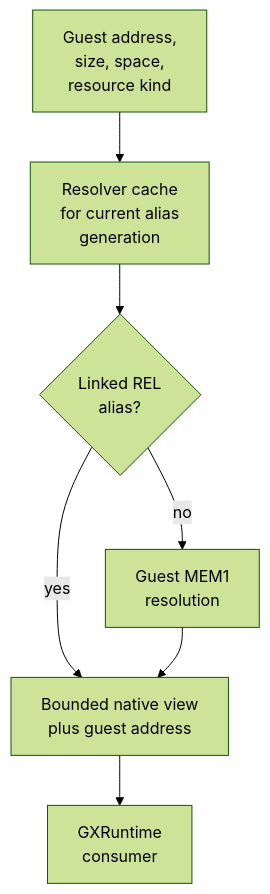
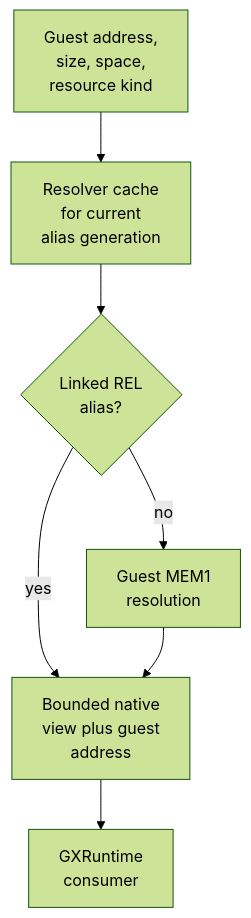
One commit to Aelbannan/boat_of_daphnes changed the eighth of 11 diagrams in docs/architecture/Graphics.md. Above: the diagram before and after it, drawn with Mermaid (forest theme). The commit also changed other lines of this file, not shown here.

Commit message:
Wrap Graphics labels more tightly

````diff
--- a/docs/architecture/Graphics.md
+++ b/docs/architecture/Graphics.md
@@ -467,14 +467,14 @@
 ```mermaid
 flowchart TD
     Request["Guest address,<br>size, space,<br>resource kind"]
-    Cache["Resolver cache<br>for current alias<br>generation"]
+    Cache["Resolver cache<br>for current<br>alias generation"]
     Alias{"Linked REL<br>alias?"}
     Memory["Guest MEM1<br>resolution"]
-    Range["Bounded native view<br>plus guest address"]
+    Range["Bounded native<br>view plus guest<br>address"]
     GX["GXRuntime<br>consumer"]
 
     Request --> Cache --> Alias
     Alias -->|yes| Range
     Alias -->|no| Memory --> Range
     Range --> GX
 ```
````
